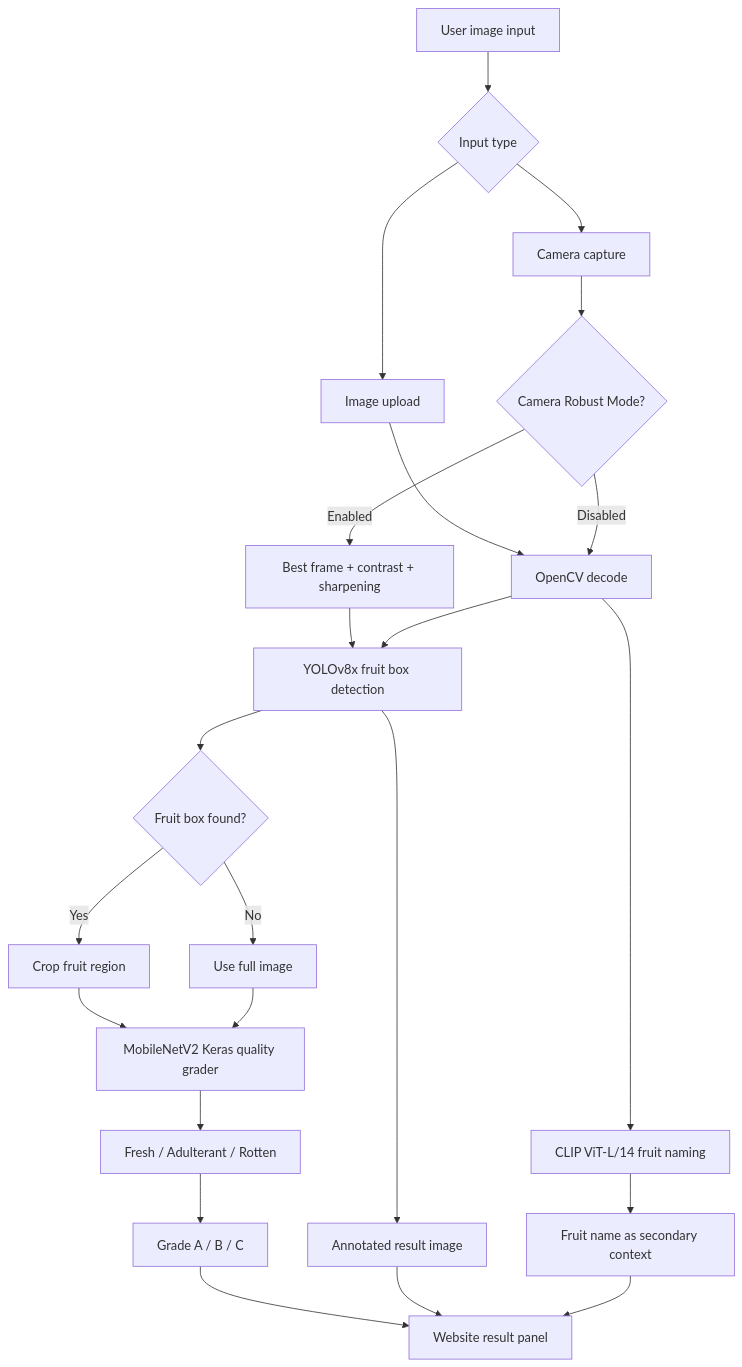
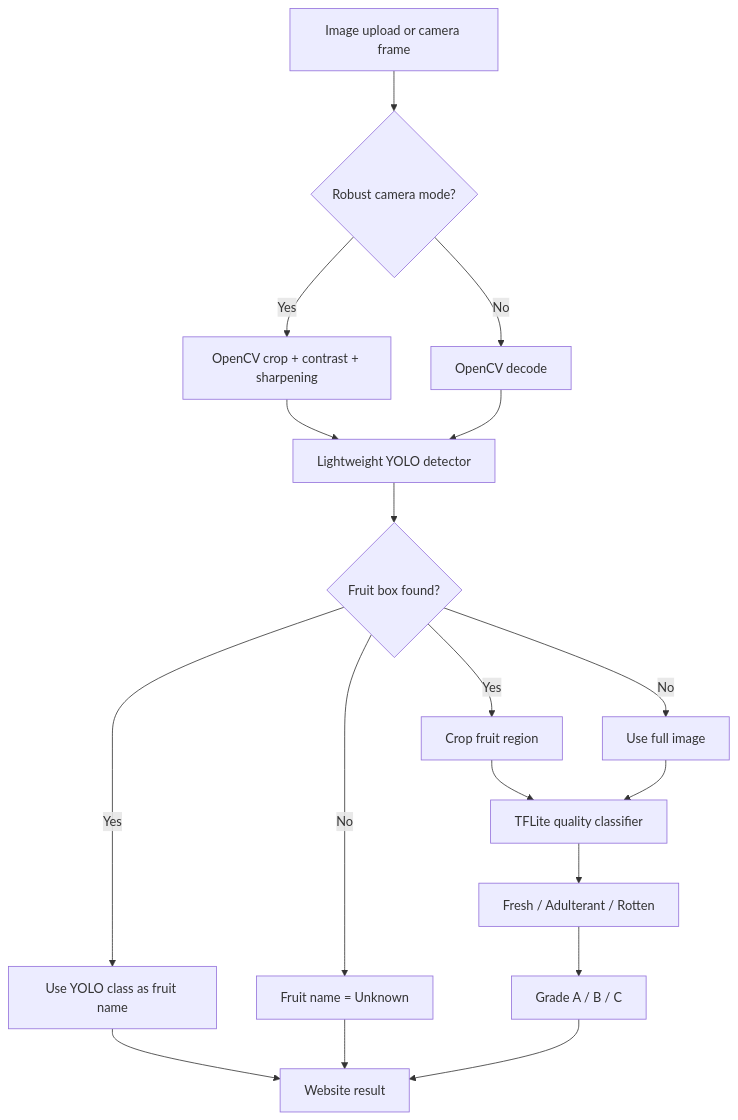
The first of 3 diagrams in README.md (mohammednafees1007-hub/fruit-quality-detector-for-sms), drawn with Mermaid before and after one commit. The commit also changed other lines of this file and 9 other files, not shown here.

````diff
--- a/README.md
+++ b/README.md
@@ -31,25 +50,20 @@
 ```mermaid
 flowchart TD
-    A["User image input"] --> B{"Input type"}
-    B --> C["Image upload"]
-    B --> D["Camera capture"]
-    D --> E{"Camera Robust Mode?"}
-    C --> F["OpenCV decode"]
-    E -->|Enabled| G["Best frame + contrast + sharpening"]
-    E -->|Disabled| F
-    G --> H["YOLOv8x fruit box detection"]
-    F --> H
-    H --> I{"Fruit box found?"}
-    I -->|Yes| J["Crop fruit region"]
-    I -->|No| K["Use full image"]
-    J --> L["MobileNetV2 Keras quality grader"]
-    K --> L
-    L --> M["Fresh / Adulterant / Rotten"]
-    M --> N["Grade A / B / C"]
-    H --> O["Annotated result image"]
-    F --> P["CLIP ViT-L/14 fruit naming"]
-    P --> Q["Fruit name as secondary context"]
-    N --> R["Website result panel"]
-    O --> R
-    Q --> R
+    A["Image upload or camera frame"] --> B{"Robust camera mode?"}
+    B -->|Yes| C["OpenCV crop + contrast + sharpening"]
+    B -->|No| D["OpenCV decode"]
+    C --> E["Lightweight YOLO detector"]
+    D --> E
+    E --> F{"Fruit box found?"}
+    F -->|Yes| G["Use YOLO class as fruit name"]
+    F -->|Yes| H["Crop fruit region"]
+    F -->|No| I["Fruit name = Unknown"]
+    F -->|No| J["Use full image"]
+    H --> K["TFLite quality classifier"]
+    J --> K
+    K --> L["Fresh / Adulterant / Rotten"]
+    L --> M["Grade A / B / C"]
+    G --> N["Website result"]
+    I --> N
+    M --> N
 ```
````
